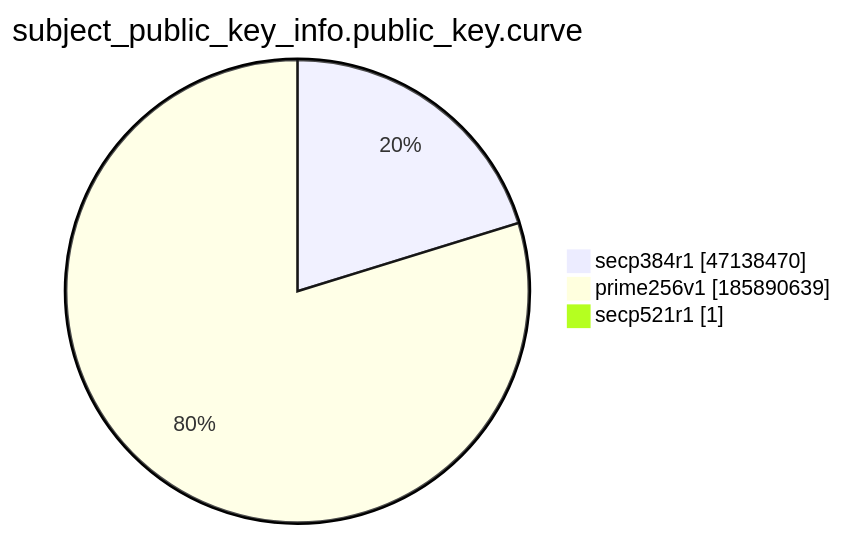
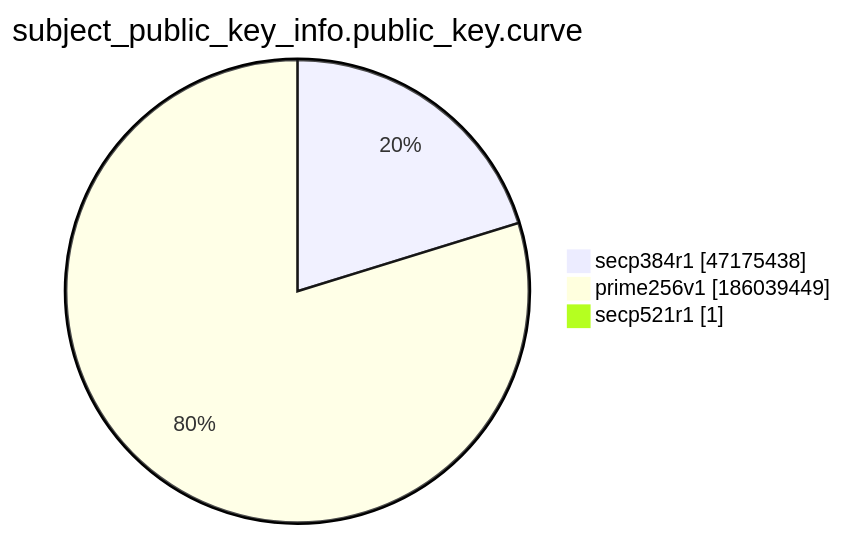
Before and after one commit to christiankrug/ctmonitor_visualization: the ninth of 15 diagrams in xenon2022/README.md, drawn with Mermaid. The commit also changed other lines of this file, not shown here.

````diff
--- a/xenon2022/README.md
+++ b/xenon2022/README.md
@@ -2874,7 +2874,7 @@
 ```mermaid
 pie showData
 title subject_public_key_info.public_key.curve
-"secp384r1" :47138470
-"prime256v1" :185890639
+"secp384r1" :47175438
+"prime256v1" :186039449
 "secp521r1" :1
 ```
````
